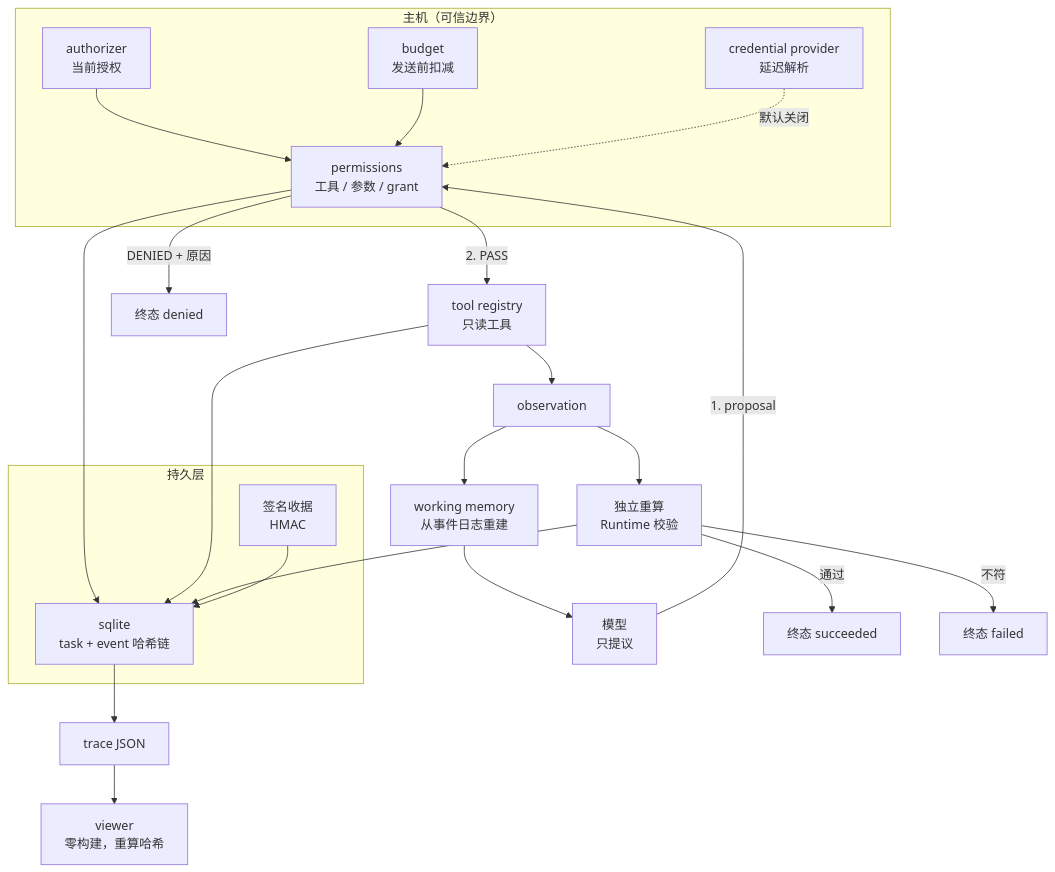
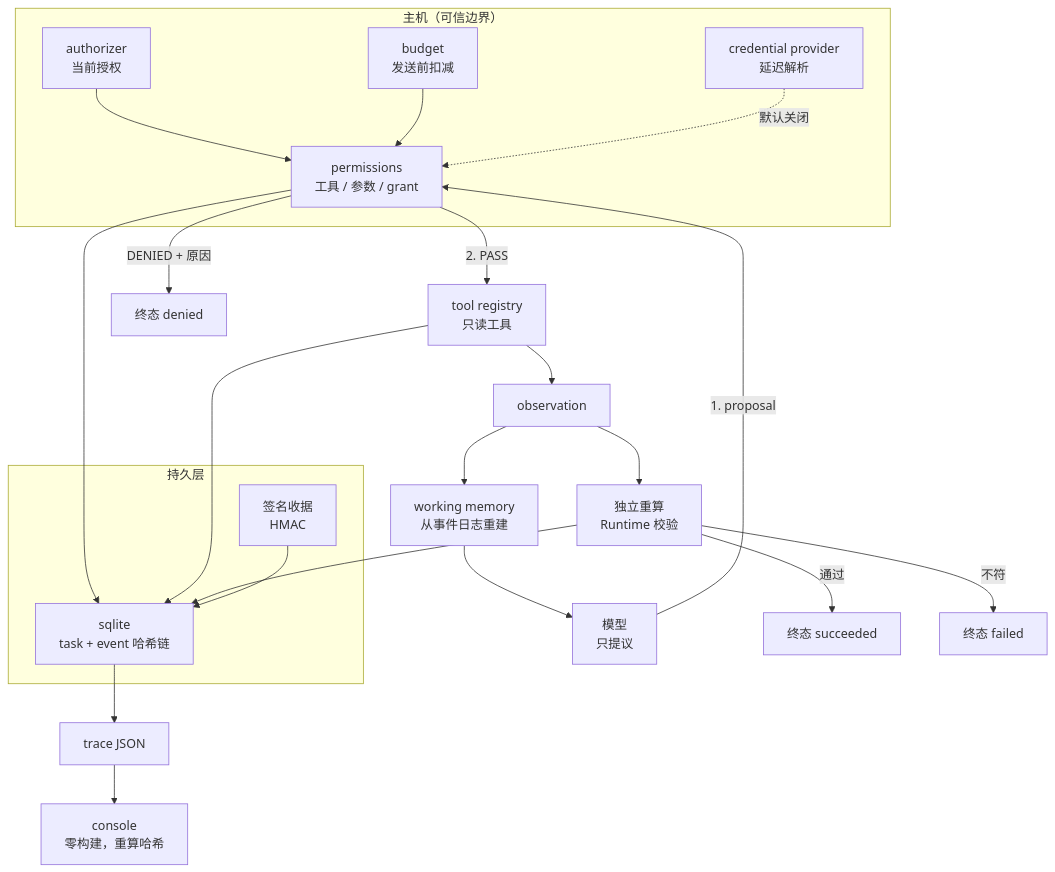
One commit to Anhao1314/FCode changed the diagram in README.md. Above: the diagram before and after it, drawn with Mermaid. The commit also changed other lines of this file and 3 other files, not shown here.

````diff
--- a/README.md
+++ b/README.md
@@ -37,32 +37,32 @@
 ```mermaid
 flowchart TB
     subgraph host["主机（可信边界）"]
         A["authorizer<br/>当前授权"] --> G["permissions<br/>工具 / 参数 / grant"]
         B["budget<br/>发送前扣减"] --> G
         C["credential provider<br/>延迟解析"] -.->|"默认关闭"| G
     end
 
     M["模型<br/>只提议"] -->|"1. proposal"| G
     G -->|"2. PASS"| T["tool registry<br/>只读工具"]
     G -->|"DENIED + 原因"| X["终态 denied"]
 
     T --> O["observation"]
     O --> MEM["working memory<br/>从事件日志重建"]
     MEM --> M
 
     O --> V["独立重算<br/>Runtime 校验"]
     V -->|"通过"| S["终态 succeeded"]
     V -->|"不符"| F["终态 failed"]
 
     subgraph durable["持久层"]
         ST["sqlite<br/>task + event 哈希链"]
         R["签名收据<br/>HMAC"]
     end
 
     G --> ST
     T --> ST
     V --> ST
     R --> ST
     ST --> TR["trace JSON"]
-    TR --> VW["viewer<br/>零构建，重算哈希"]
+    TR --> VW["console<br/>零构建，重算哈希"]
 ```
````
